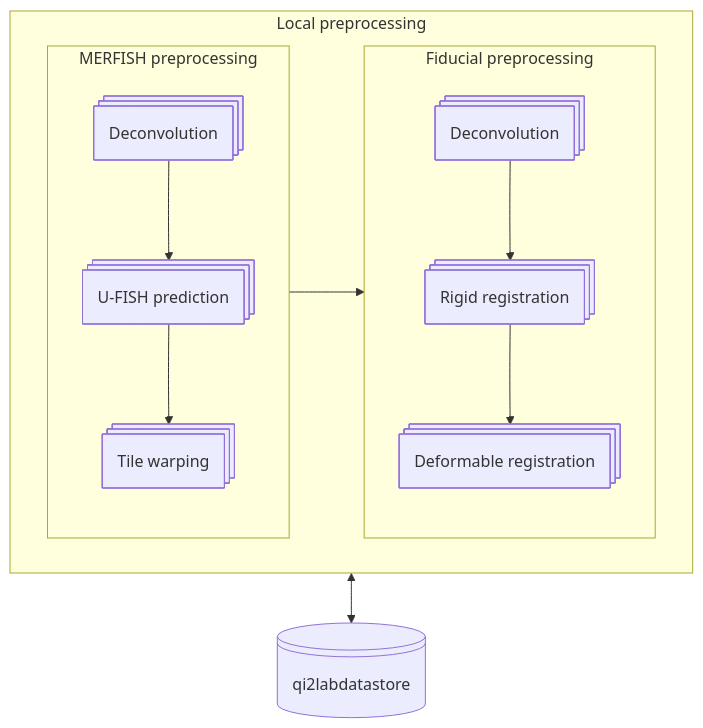
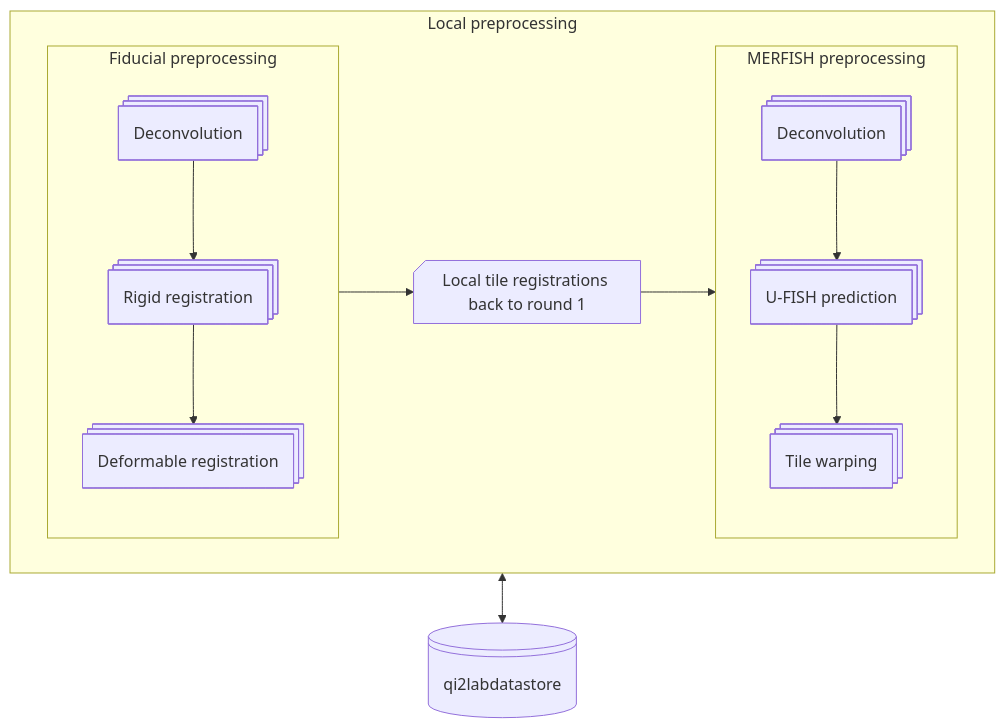
The third of 6 diagrams in docs/workflow.md (QI2lab/merfish3d-analysis), drawn with Mermaid before and after one commit. The commit also changed 1 other file, not shown here.

Commit message:
fix: small fix to workflow chart

````diff
--- a/docs/workflow.md
+++ b/docs/workflow.md
@@ -60,34 +60,36 @@
 ```mermaid
 %%{init: { "theme": "default", "themeVariables": { "htmlLabels": true, "curve": "linear", "layout": "elk" } } }%%
 flowchart TD
  subgraph s2["MERFISH preprocessing"]
         n17["Deconvolution"]
         n18["U-FISH prediction"]
         n19["Tile warping"]
   end
  subgraph s3["Fiducial preprocessing"]
         n14["Deconvolution"]
         n15["Rigid registration"]
         n16["Deformable registration"]
   end
  subgraph s1["Local preprocessing"]
         s2
         s3
+        n1["Local tile registrations back to round 1"]
   end
   n13["qi2labdatastore"]
    
-
-    s2 --> s3
+    s3 --> n1
+    n1 --> s2
     s1 <--> n13
     n14 --> n15
     n15 --> n16
     n17 --> n18
     n18 --> n19
+    n1@{ shape: notch-rect}
     n13@{ shape: lin-cyl}
     n14@{ shape: procs}
     n15@{ shape: procs}
     n16@{ shape: procs}
     n17@{ shape: procs}
     n18@{ shape: procs}
     n19@{ shape: procs}
 ```
````
